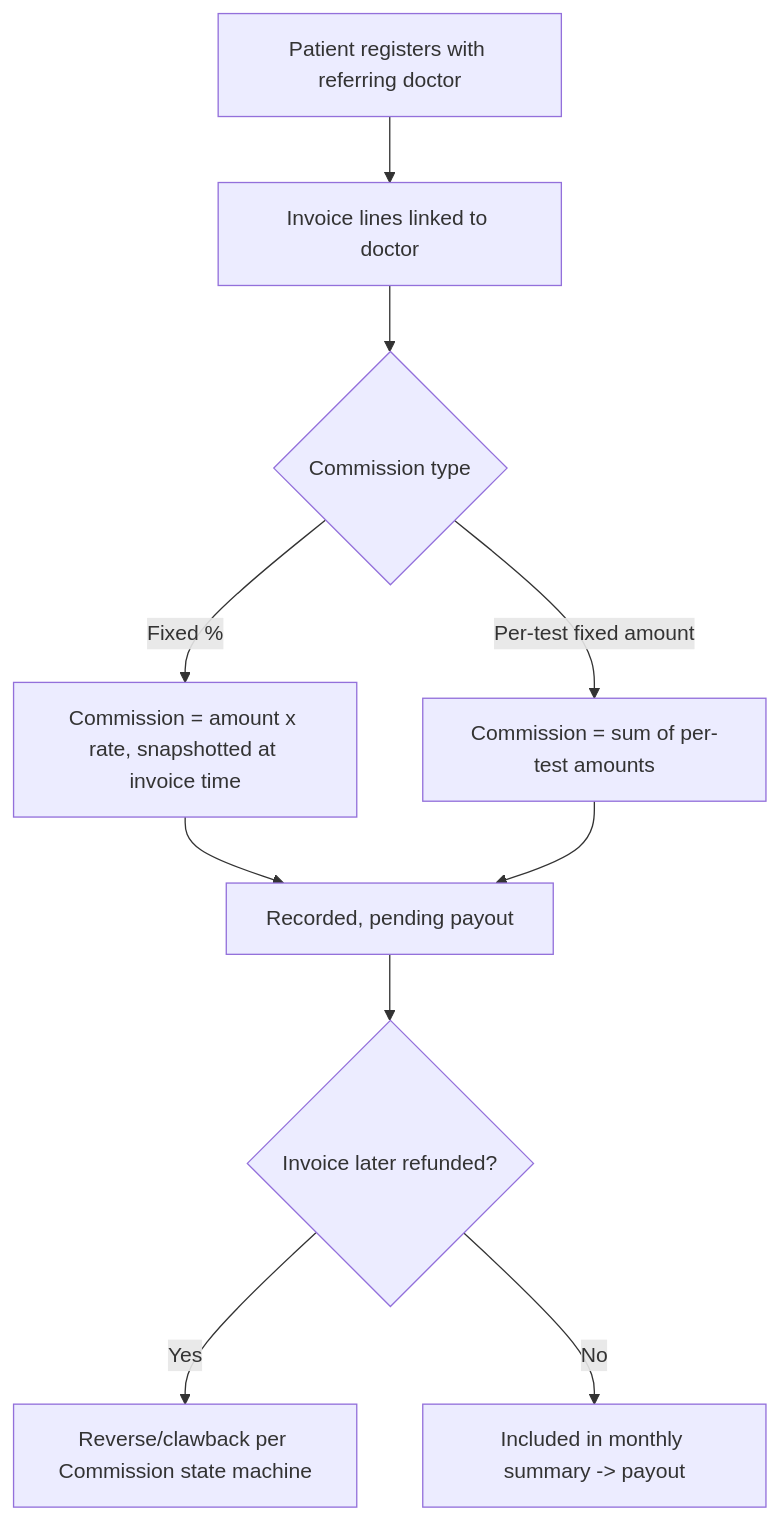
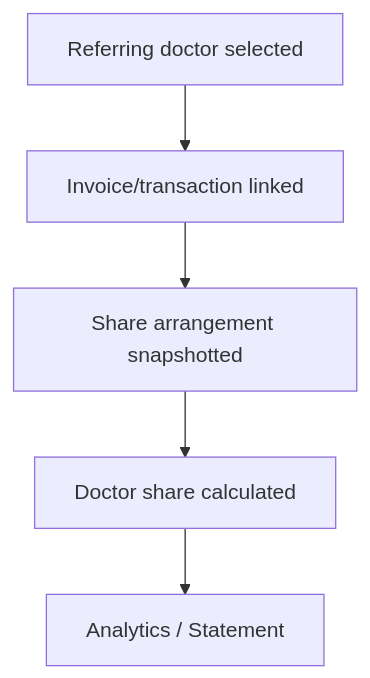
One commit to zaighaumrana/lab-software changed the tenth of 13 diagrams in docs/03_Core_Domain_Design.md. Above: the diagram before and after it, drawn with Mermaid. The commit also changed other lines of this file, not shown here.

````diff
--- a/docs/03_Core_Domain_Design.md
+++ b/docs/03_Core_Domain_Design.md
@@ -380,12 +831,7 @@
 ```mermaid
 flowchart TD
-    A[Patient registers with referring doctor] --> B[Invoice lines linked to doctor]
-    B --> C{Commission type}
-    C -->|Fixed %| D[Commission = amount x rate, snapshotted at invoice time]
-    C -->|Per-test fixed amount| E[Commission = sum of per-test amounts]
-    D --> F[Recorded, pending payout]
-    E --> F
-    F --> G{Invoice later refunded?}
-    G -->|Yes| H[Reverse/clawback per Commission state machine]
-    G -->|No| I[Included in monthly summary -> payout]
+    A[Referring doctor selected] --> B[Invoice/transaction linked]
+    B --> C[Share arrangement snapshotted]
+    C --> D[Doctor share calculated]
+    D --> E[Analytics / Statement]
 ```
````
